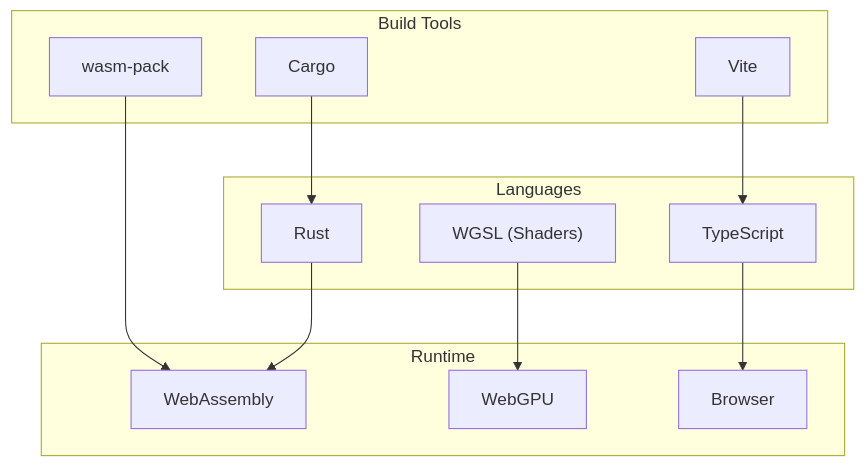
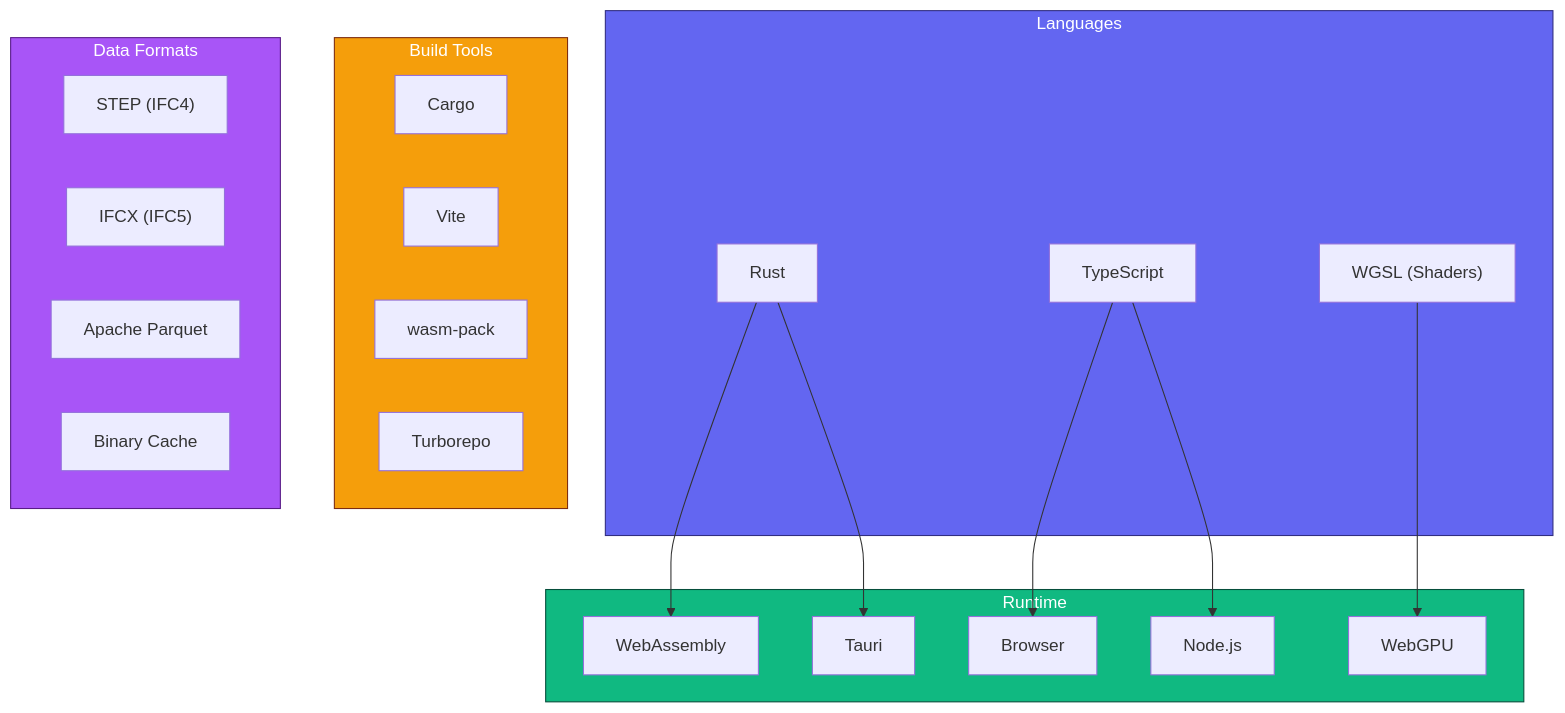
One commit to louistrue/ifc-lite changed diagram 17 of 17 in docs/architecture/overview.md. Above: the diagram before and after it, drawn with Mermaid. The commit also changed other lines of this file and 7 other files, not shown here.

First line of the commit message:
docs: comprehensive update for server architecture, IFC5 support, and new features

````diff
--- a/docs/architecture/overview.md
+++ b/docs/architecture/overview.md
@@ -365,27 +588,41 @@
 ```mermaid
 graph TB
     subgraph Languages["Languages"]
         Rust["Rust"]
         TS["TypeScript"]
         WGSL["WGSL (Shaders)"]
     end
 
     subgraph Runtime["Runtime"]
         WASM["WebAssembly"]
         WebGPU["WebGPU"]
         Browser["Browser"]
+        Node["Node.js"]
+        Tauri["Tauri"]
     end
 
     subgraph Build["Build Tools"]
         Cargo["Cargo"]
         Vite["Vite"]
         WasmPack["wasm-pack"]
+        Turborepo["Turborepo"]
+    end
+
+    subgraph Formats["Data Formats"]
+        STEP["STEP (IFC4)"]
+        IFCX["IFCX (IFC5)"]
+        Parquet["Apache Parquet"]
+        Cache["Binary Cache"]
     end
 
     Rust --> WASM
+    Rust --> Tauri
     TS --> Browser
+    TS --> Node
     WGSL --> WebGPU
-    Cargo --> Rust
-    Vite --> TS
-    WasmPack --> WASM
+
+    style Languages fill:#6366f1,stroke:#312e81,color:#fff
+    style Runtime fill:#10b981,stroke:#064e3b,color:#fff
+    style Build fill:#f59e0b,stroke:#7c2d12,color:#fff
+    style Formats fill:#a855f7,stroke:#581c87,color:#fff
 ```
````
